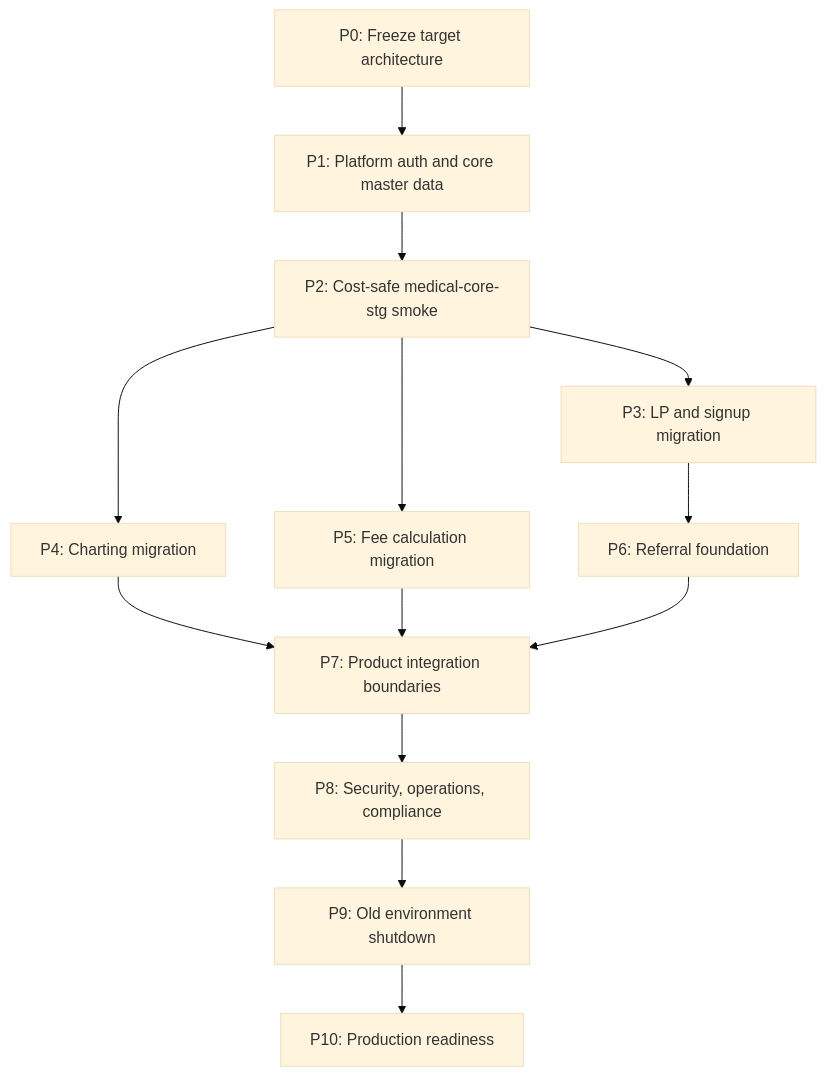
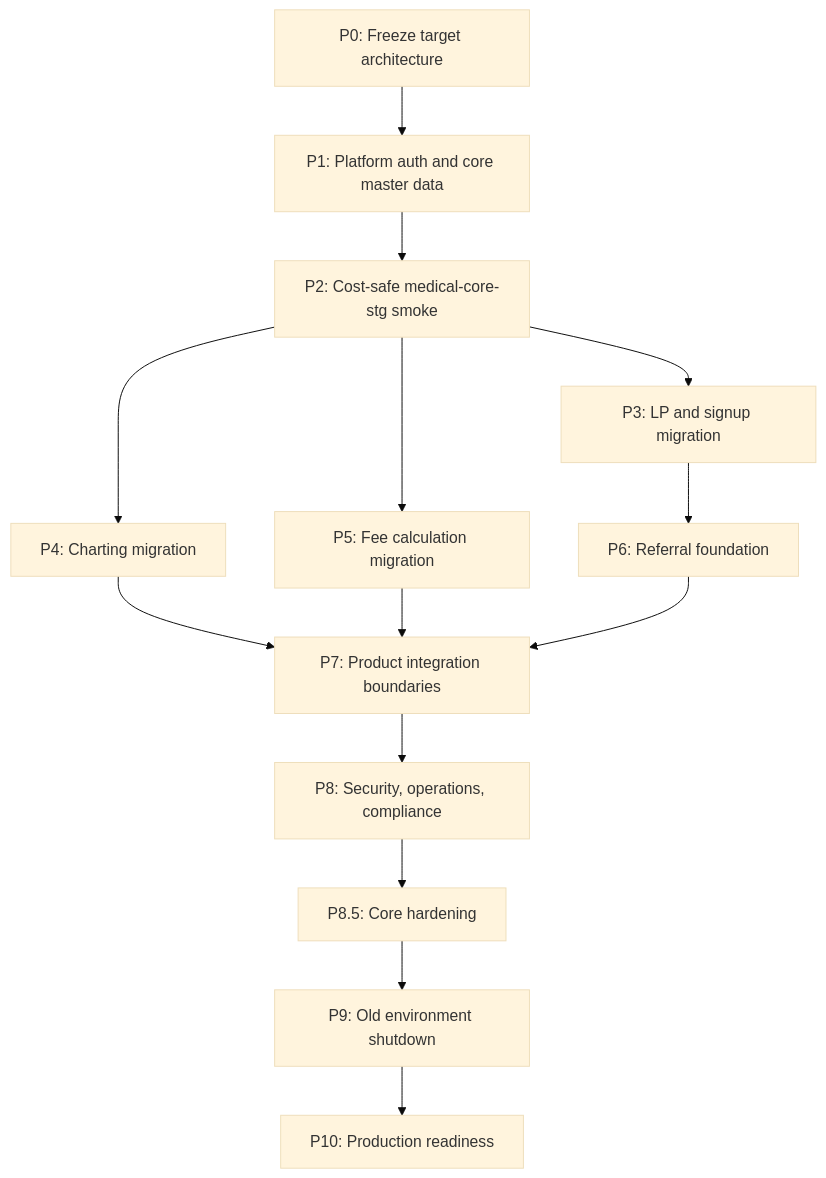
One commit to k-hirade/halunasu changed the diagram in docs/architecture/005-rearchitecture-completion-roadmap.md. Above: the diagram before and after it, drawn with Mermaid (base theme). The commit also changed other lines of this file and 17 other files, not shown here.

Commit message:
Complete P8.5 core hardening

````diff
--- a/docs/architecture/005-rearchitecture-completion-roadmap.md
+++ b/docs/architecture/005-rearchitecture-completion-roadmap.md
@@ -63,23 +63,24 @@
 ```mermaid
 flowchart TB
   P0["P0: Freeze target architecture"]
   P1["P1: Platform auth and core master data"]
   P2["P2: Cost-safe medical-core-stg smoke"]
   P3["P3: LP and signup migration"]
   P4["P4: Charting migration"]
   P5["P5: Fee calculation migration"]
   P6["P6: Referral foundation"]
   P7["P7: Product integration boundaries"]
   P8["P8: Security, operations, compliance"]
+  P85["P8.5: Core hardening"]
   P9["P9: Old environment shutdown"]
   P10["P10: Production readiness"]
 
   P0 --> P1 --> P2 --> P3
   P2 --> P4
   P2 --> P5
   P3 --> P6
   P4 --> P7
   P5 --> P7
   P6 --> P7
-  P7 --> P8 --> P9 --> P10
+  P7 --> P8 --> P85 --> P9 --> P10
 ```
````
